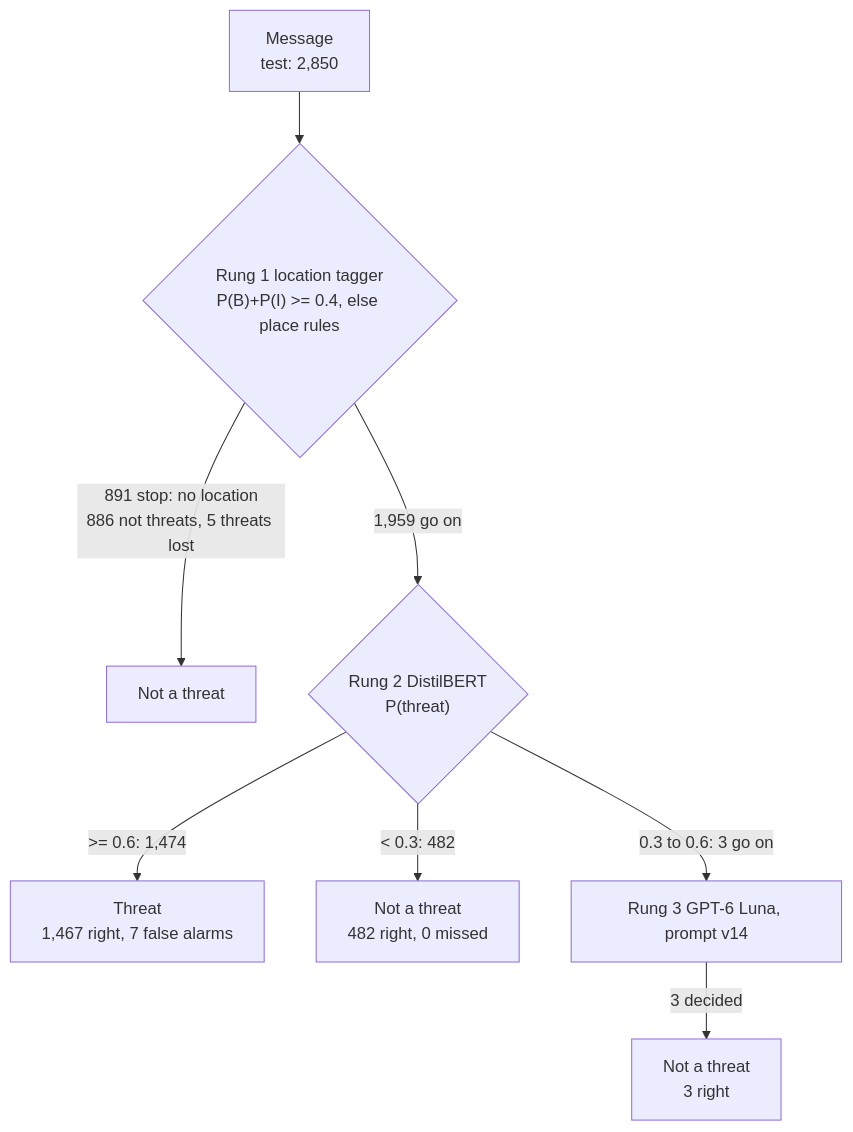
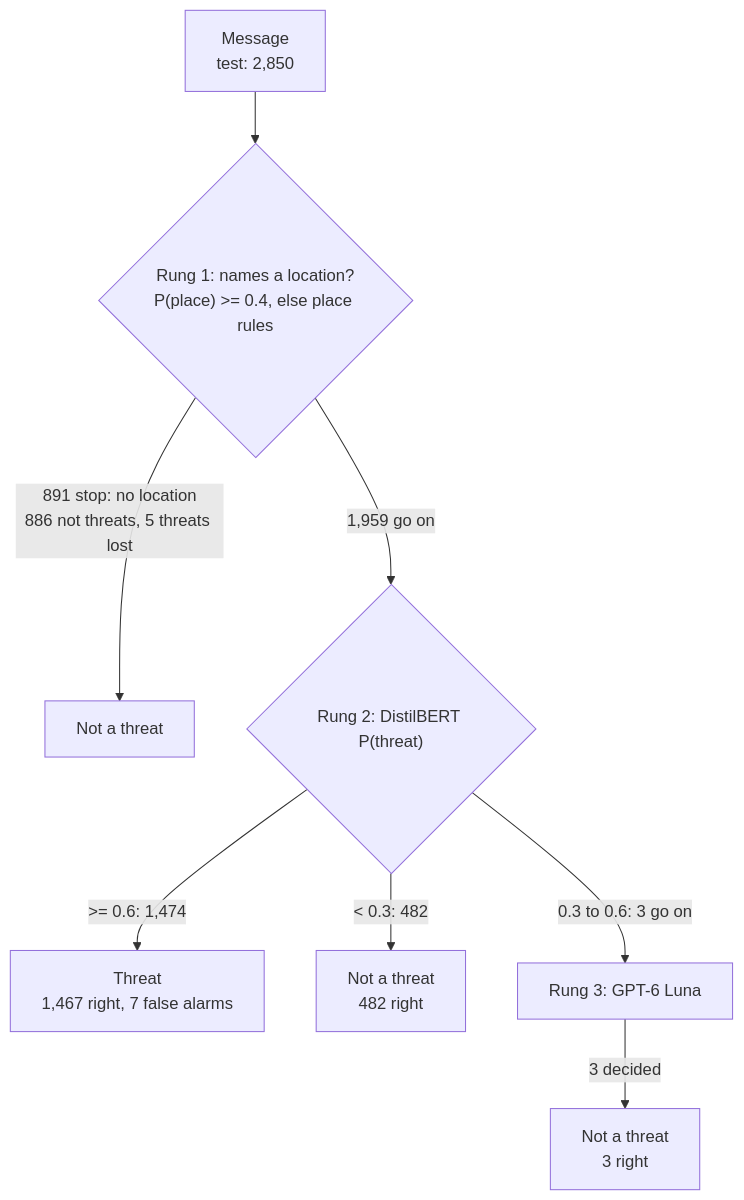
The diagram in development/PhysicalThreatFacility/README.md (JayJajooEAI/DRP), drawn with Mermaid before and after one commit. The commit also changed other lines of this file and 5 other files, not shown here.

````diff
--- a/development/PhysicalThreatFacility/README.md
+++ b/development/PhysicalThreatFacility/README.md
@@ -53,10 +14,10 @@
 ```mermaid
 flowchart TD
-    A["Message<br/>test: 2,850"] --> B{"Rung 1 location tagger<br/>P(B)+P(I) >= 0.4, else place rules"}
+    A["Message<br/>test: 2,850"] --> B{"Rung 1: names a location?<br/>P(place) >= 0.4, else place rules"}
     B -->|"891 stop: no location<br/>886 not threats, 5 threats lost"| N["Not a threat"]
-    B -->|"1,959 go on"| C{"Rung 2 DistilBERT<br/>P(threat)"}
+    B -->|"1,959 go on"| C{"Rung 2: DistilBERT P(threat)"}
     C -->|">= 0.6: 1,474"| Y["Threat<br/>1,467 right, 7 false alarms"]
-    C -->|"< 0.3: 482"| N2["Not a threat<br/>482 right, 0 missed"]
-    C -->|"0.3 to 0.6: 3 go on"| D["Rung 3 GPT-6 Luna, prompt v14"]
+    C -->|"< 0.3: 482"| N2["Not a threat<br/>482 right"]
+    C -->|"0.3 to 0.6: 3 go on"| D["Rung 3: GPT-6 Luna"]
     D -->|"3 decided"| N3["Not a threat<br/>3 right"]
 ```
````
